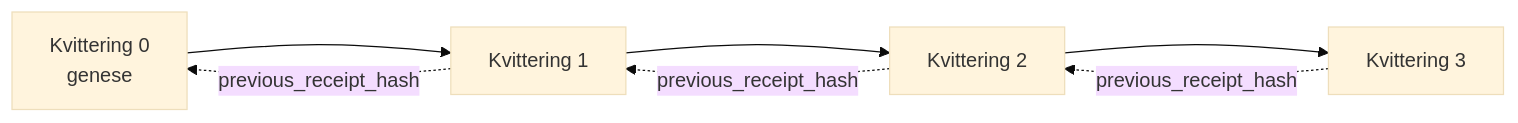
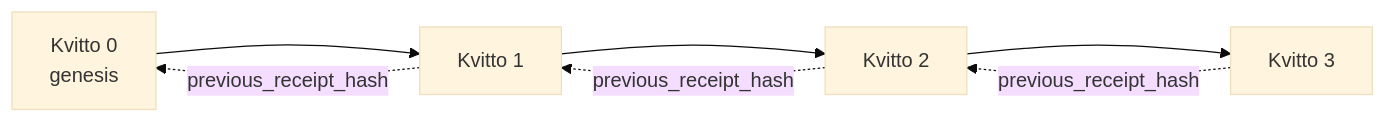
One commit to microsoft/ai-agents-for-beginners changed the second of 2 diagrams in translations/no/18-securing-ai-agents/README.md. Above: the diagram before and after it, drawn with Mermaid (base theme). The commit also changed other lines of this file and 224 other files, not shown here.

````diff
--- a/translations/no/18-securing-ai-agents/README.md
+++ b/translations/no/18-securing-ai-agents/README.md
@@ -206,9 +206,9 @@
 ```mermaid
 flowchart LR
-    R0[Kvittering 0<br/>genese] --> R1[Kvittering 1]
-    R1 --> R2[Kvittering 2]
-    R2 --> R3[Kvittering 3]
+    R0[Kvitto 0<br/>genesis] --> R1[Kvitto 1]
+    R1 --> R2[Kvitto 2]
+    R2 --> R3[Kvitto 3]
     R1 -. previous_receipt_hash .-> R0
     R2 -. previous_receipt_hash .-> R1
     R3 -. previous_receipt_hash .-> R2
 ```
````
